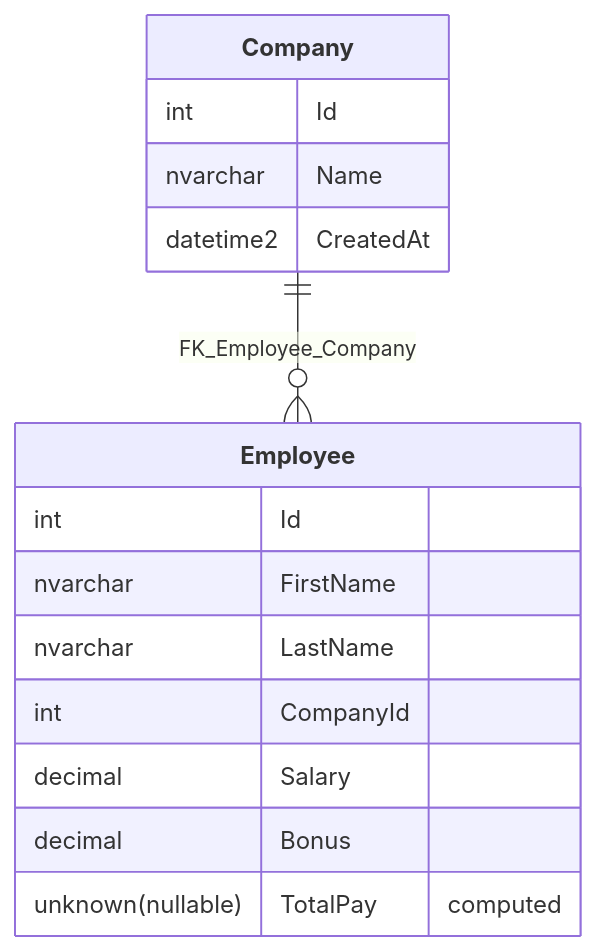
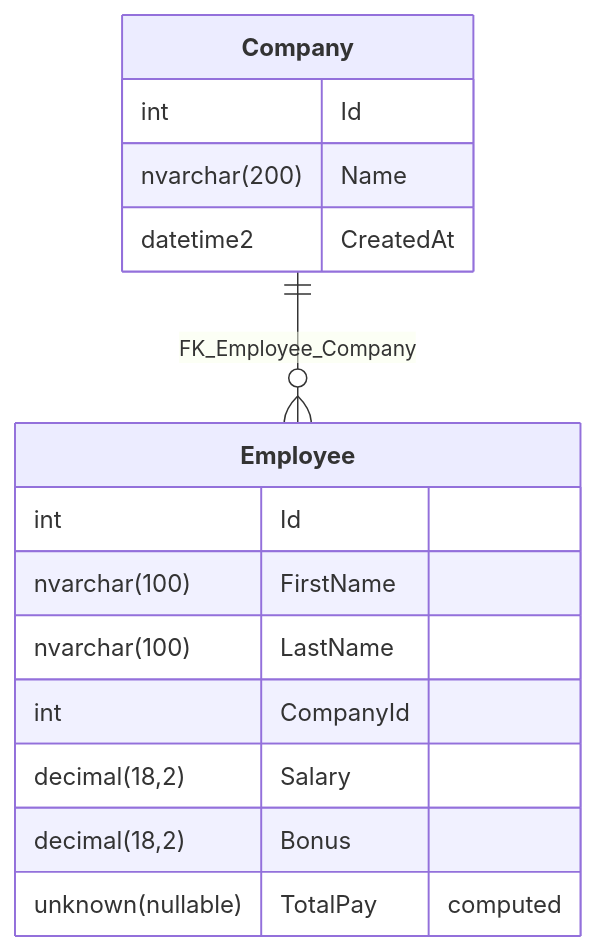
Before and after one commit to SimonCropp/DbToMermaid: the diagram in src/SqlServerToMermaid.Tests/Tests.RenderMarkdownFromScript.verified.md, drawn with Mermaid. The commit also changed 26 other files, not shown here.

````diff
--- a/src/SqlServerToMermaid.Tests/Tests.RenderMarkdownFromScript.verified.md
+++ b/src/SqlServerToMermaid.Tests/Tests.RenderMarkdownFromScript.verified.md
@@ -1,18 +1,18 @@
 ```mermaid
 erDiagram
   Company["**Company**"] {
     int Id
-    nvarchar Name
+    nvarchar(200) Name
     datetime2 CreatedAt
   }
   Employee["**Employee**"] {
     int Id
-    nvarchar FirstName
-    nvarchar LastName
+    nvarchar(100) FirstName
+    nvarchar(100) LastName
     int CompanyId
-    decimal Salary
-    decimal Bonus
+    decimal(18,2) Salary
+    decimal(18,2) Bonus
     unknown(nullable) TotalPay "computed"
   }
   Company ||--o{ Employee : "FK_Employee_Company"
 ```
````
